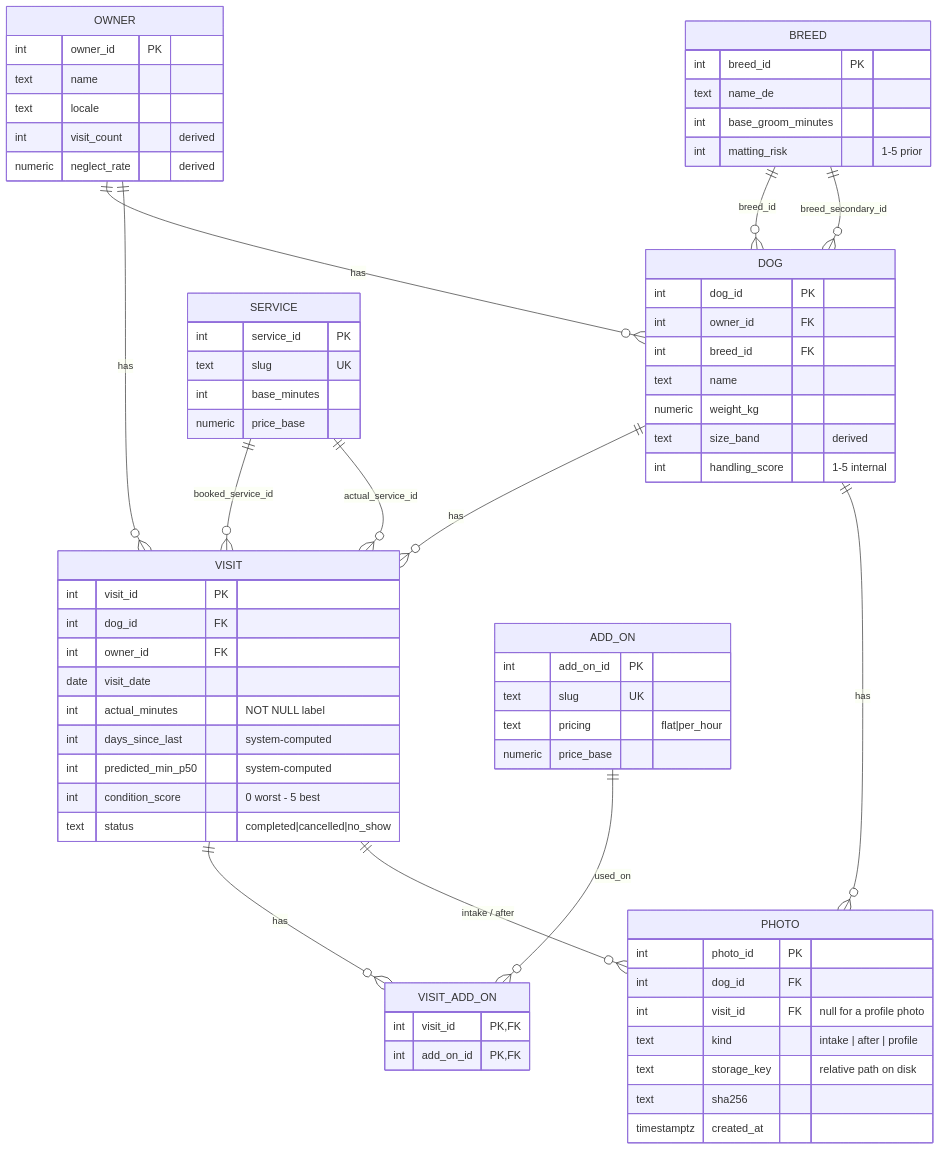
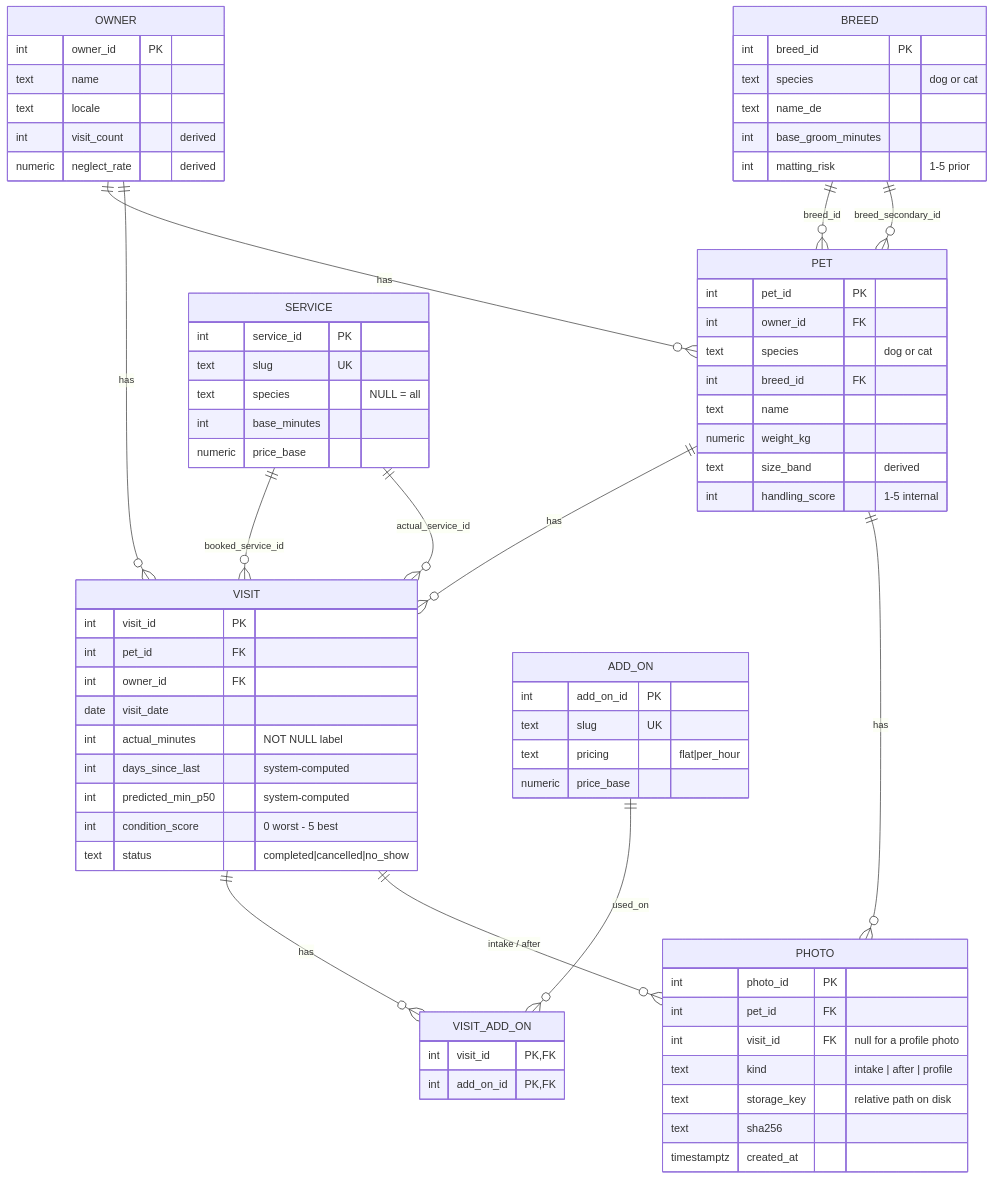
Before and after one commit to BOYSABIO/muttmetrics: the diagram in docs/architecture/schema.md, drawn with Mermaid. The commit also changed other lines of this file and 78 other files, not shown here.

First line of the commit message:
feat: first-class cats via pet table + species (#190)

````diff
--- a/docs/architecture/schema.md
+++ b/docs/architecture/schema.md
@@ -9,15 +9,15 @@
 ```mermaid
 erDiagram
-    OWNER ||--o{ DOG : "has"
-    DOG ||--o{ VISIT : "has"
+    OWNER ||--o{ PET : "has"
+    PET ||--o{ VISIT : "has"
     OWNER ||--o{ VISIT : "has"
-    BREED ||--o{ DOG : "breed_id"
-    BREED ||--o{ DOG : "breed_secondary_id"
+    BREED ||--o{ PET : "breed_id"
+    BREED ||--o{ PET : "breed_secondary_id"
     SERVICE ||--o{ VISIT : "booked_service_id"
     SERVICE ||--o{ VISIT : "actual_service_id"
     ADD_ON ||--o{ VISIT_ADD_ON : "used_on"
     VISIT ||--o{ VISIT_ADD_ON : "has"
-    DOG ||--o{ PHOTO : "has"
+    PET ||--o{ PHOTO : "has"
     VISIT ||--o{ PHOTO : "intake / after"
 
     OWNER {
@@ -28,9 +28,10 @@
         numeric neglect_rate "derived"
     }
 
-    DOG {
-        int dog_id PK
+    PET {
+        int pet_id PK
         int owner_id FK
+        text species "dog or cat"
         int breed_id FK
         text name
         numeric weight_kg
@@ -40,7 +41,7 @@
 
     VISIT {
         int visit_id PK
-        int dog_id FK
+        int pet_id FK
         int owner_id FK
         date visit_date
         int actual_minutes "NOT NULL label"
@@ -52,6 +53,7 @@
 
     BREED {
         int breed_id PK
+        text species "dog or cat"
         text name_de
         int base_groom_minutes
         int matting_risk "1-5 prior"
@@ -60,6 +62,7 @@
     SERVICE {
         int service_id PK
         text slug UK
+        text species "NULL = all"
         int base_minutes
         numeric price_base
     }
@@ -78,7 +81,7 @@
 
     PHOTO {
         int photo_id PK
-        int dog_id FK
+        int pet_id FK
         int visit_id FK "null for a profile photo"
         text kind "intake | after | profile"
         text storage_key "relative path on disk"
````
